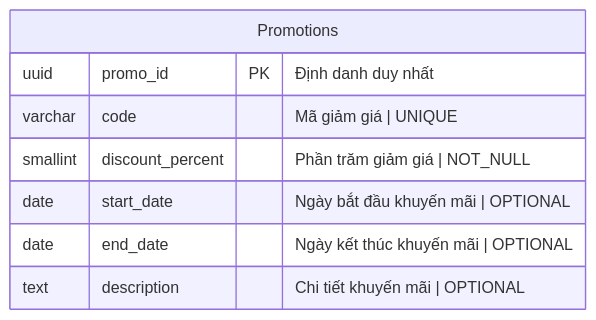
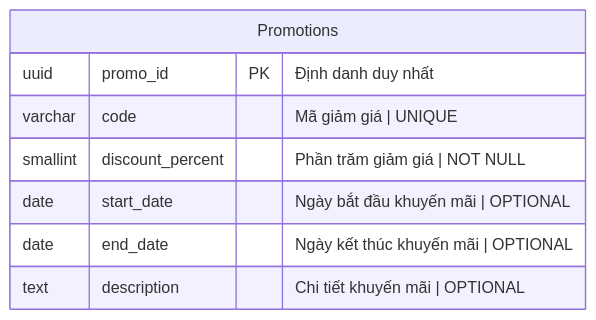
Before and after one commit to hainguyen81/enterprise-it-ai: the tenth of 12 diagrams in sources/storage/business-analysis/membership-hub/requirements.md, drawn with Mermaid. The commit also changed other lines of this file and 7 other files, not shown here.

````diff
--- a/sources/storage/business-analysis/membership-hub/requirements.md
+++ b/sources/storage/business-analysis/membership-hub/requirements.md
@@ -534,11 +591,11 @@
 ```mermaid
 erDiagram
     Promotions {
         uuid promo_id PK "Định danh duy nhất"
         varchar code "Mã giảm giá | UNIQUE"
-        smallint discount_percent "Phần trăm giảm giá | NOT_NULL"
+        smallint discount_percent "Phần trăm giảm giá | NOT NULL"
         date start_date "Ngày bắt đầu khuyến mãi | OPTIONAL"
         date end_date "Ngày kết thúc khuyến mãi | OPTIONAL"
         text description "Chi tiết khuyến mãi | OPTIONAL"
     }
 ```
````
